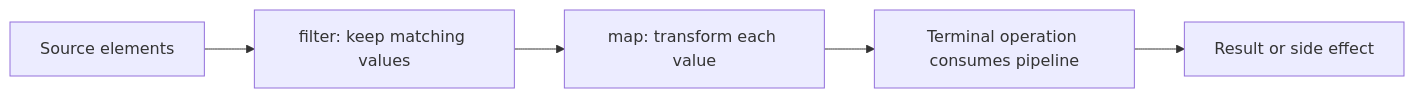
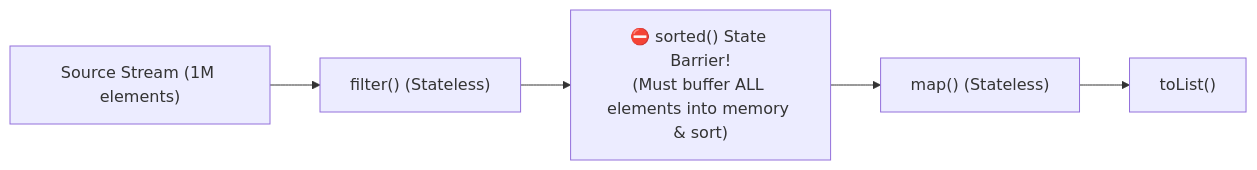
Before and after one commit to ravishankar2463/java_hub: the third of 5 diagrams in content/roadmap/level-4/the-streams-api.md, drawn with Mermaid. The commit also changed other lines of this file, not shown here.

````diff
--- a/content/roadmap/level-4/the-streams-api.md
+++ b/content/roadmap/level-4/the-streams-api.md
@@ -16,7 +108,7 @@
 ```mermaid
 flowchart LR
-    source["Source elements"] --> filter["filter: keep matching values"]
-    filter --> map["map: transform each value"]
-    map --> terminal["Terminal operation consumes pipeline"]
-    terminal --> result["Result or side effect"]
+    Source["Source Stream (1M elements)"] --> Filter["filter() (Stateless)"]
+    Filter --> Barrier["⛔ sorted() State Barrier!<br/>(Must buffer ALL elements into memory &amp; sort)"]
+    Barrier --> Map["map() (Stateless)"]
+    Map --> Terminal["toList()"]
 ```
````
